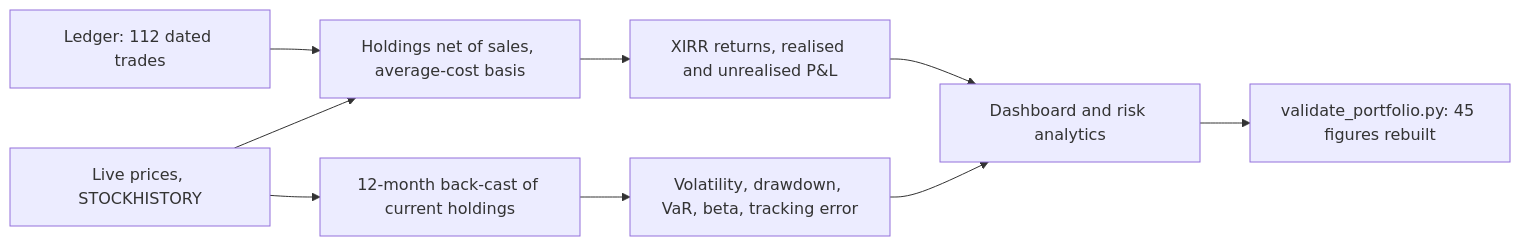
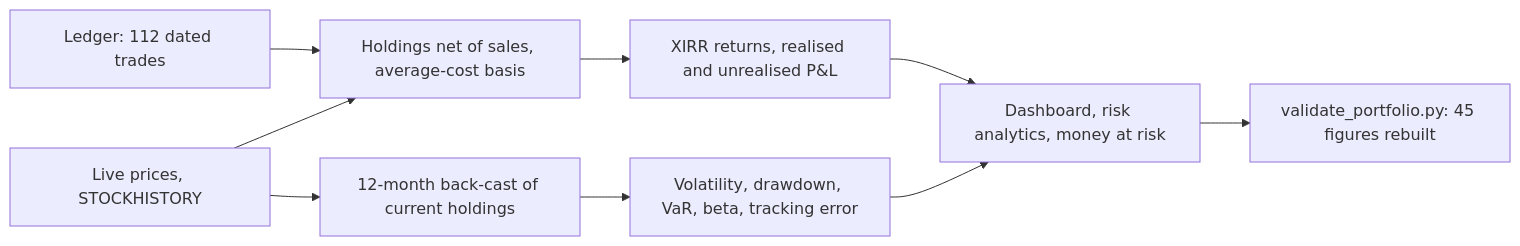
The diagram in README.md (alvenyuka/Stock-Portfolio-Tracker-Analytics-Engine), drawn with Mermaid before and after one commit. The commit also changed other lines of this file and 6 other files, not shown here.

First line of the commit message:
Report money at risk, add README charts and rewrite the README as a case study

````diff
--- a/README.md
+++ b/README.md
@@ -47,11 +52,11 @@
 ```mermaid
 flowchart LR
     A[Ledger: 112 dated trades] --> B[Holdings net of sales, average-cost basis]
     C[Live prices, STOCKHISTORY] --> B
     B --> D[XIRR returns, realised and unrealised P&L]
     C --> E[12-month back-cast of current holdings]
     E --> F[Volatility, drawdown, VaR, beta, tracking error]
-    D --> G[Dashboard and risk analytics]
+    D --> G[Dashboard, risk analytics, money at risk]
     F --> G
     G --> H[validate_portfolio.py: 45 figures rebuilt]
 ```
````
